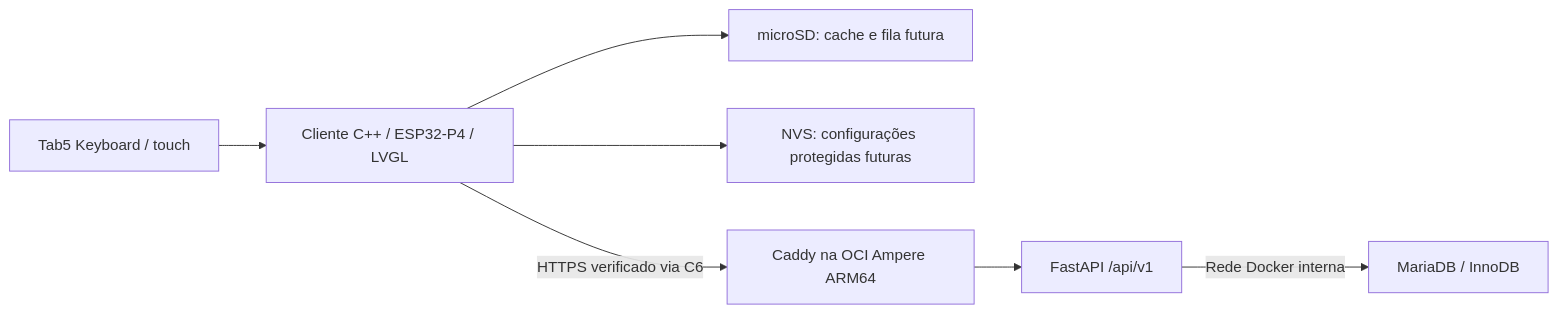
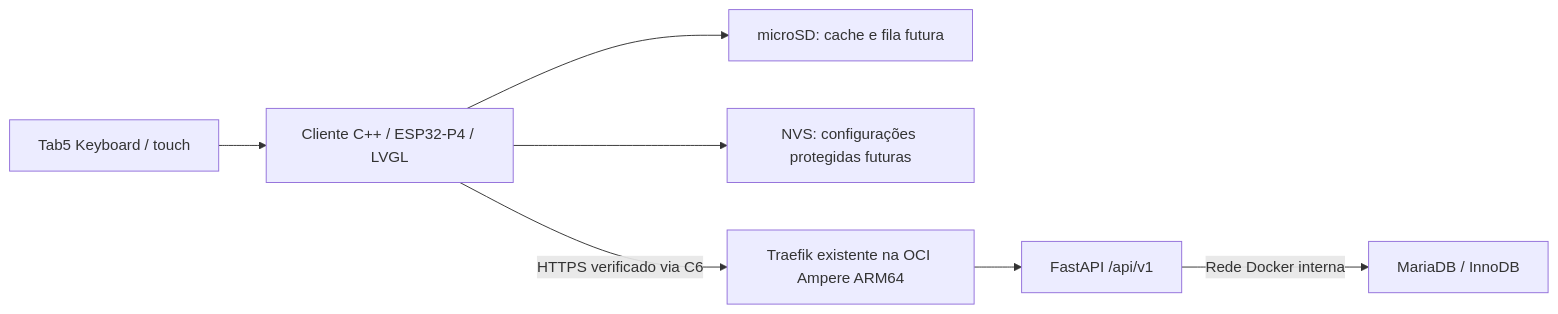
Before and after one commit to tpklge/PDVeVENDAS: the diagram in docs/architecture.md, drawn with Mermaid. The commit also changed 6 other files, not shown here.

````diff
--- a/docs/architecture.md
+++ b/docs/architecture.md
@@ -6,9 +6,9 @@
 ```mermaid
 flowchart LR
     K[Tab5 Keyboard / touch] --> F[Cliente C++ / ESP32-P4 / LVGL]
     F --> S[microSD: cache e fila futura]
     F --> N[NVS: configurações protegidas futuras]
-    F -->|HTTPS verificado via C6| P[Caddy na OCI Ampere ARM64]
+    F -->|HTTPS verificado via C6| P[Traefik existente na OCI Ampere ARM64]
     P --> A[FastAPI /api/v1]
     A -->|Rede Docker interna| D[MariaDB / InnoDB]
 ```
````
